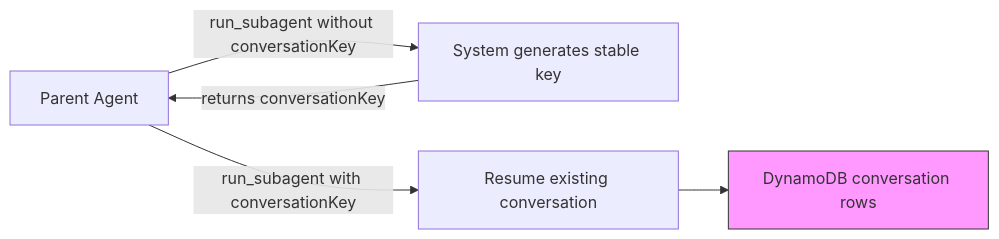
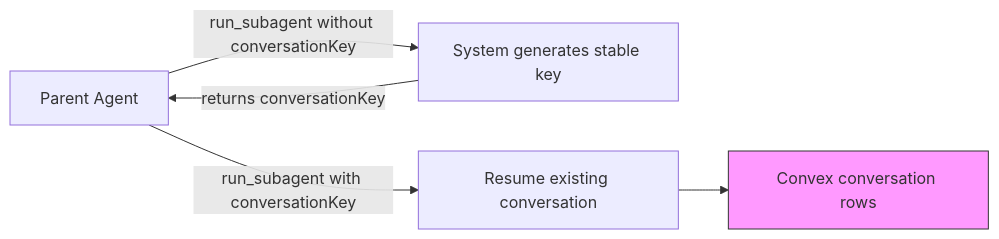
Before and after one commit to beeblastco/broods: the second of 3 diagrams in apps/docs/docs/sub-agents.md, drawn with Mermaid. The commit also changed other lines of this file and 77 other files, not shown here.

````diff
--- a/apps/docs/docs/sub-agents.md
+++ b/apps/docs/docs/sub-agents.md
@@ -111,9 +111,9 @@
 ```mermaid
 flowchart LR
   Parent["Parent Agent"] -->|"run_subagent without conversationKey"| System["System generates stable key"]
   System -->|"returns conversationKey"| Parent
   Parent -->|"run_subagent with conversationKey"| Resume["Resume existing conversation"]
-  Resume --> DDB["DynamoDB conversation rows"]
+  Resume --> CVX["Convex conversation rows"]
 
-  style DDB fill:#f9f,stroke:#333
+  style CVX fill:#f9f,stroke:#333
 ```
````
